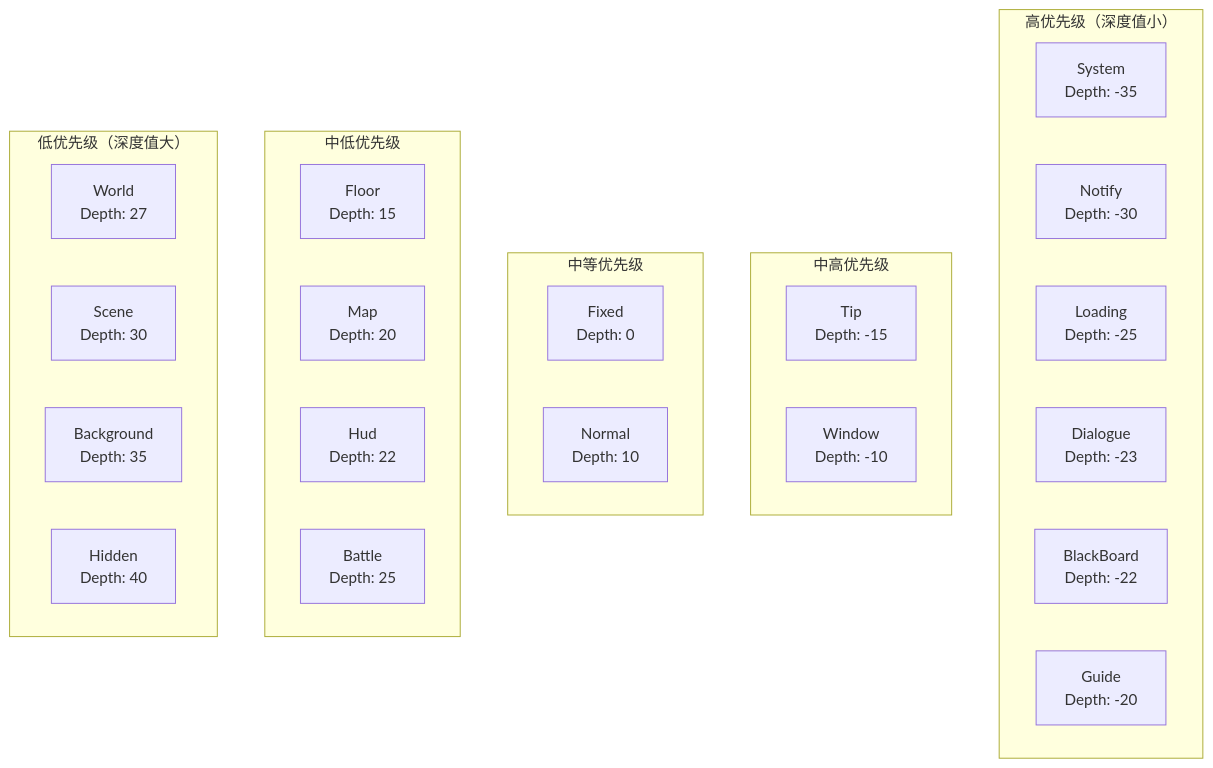
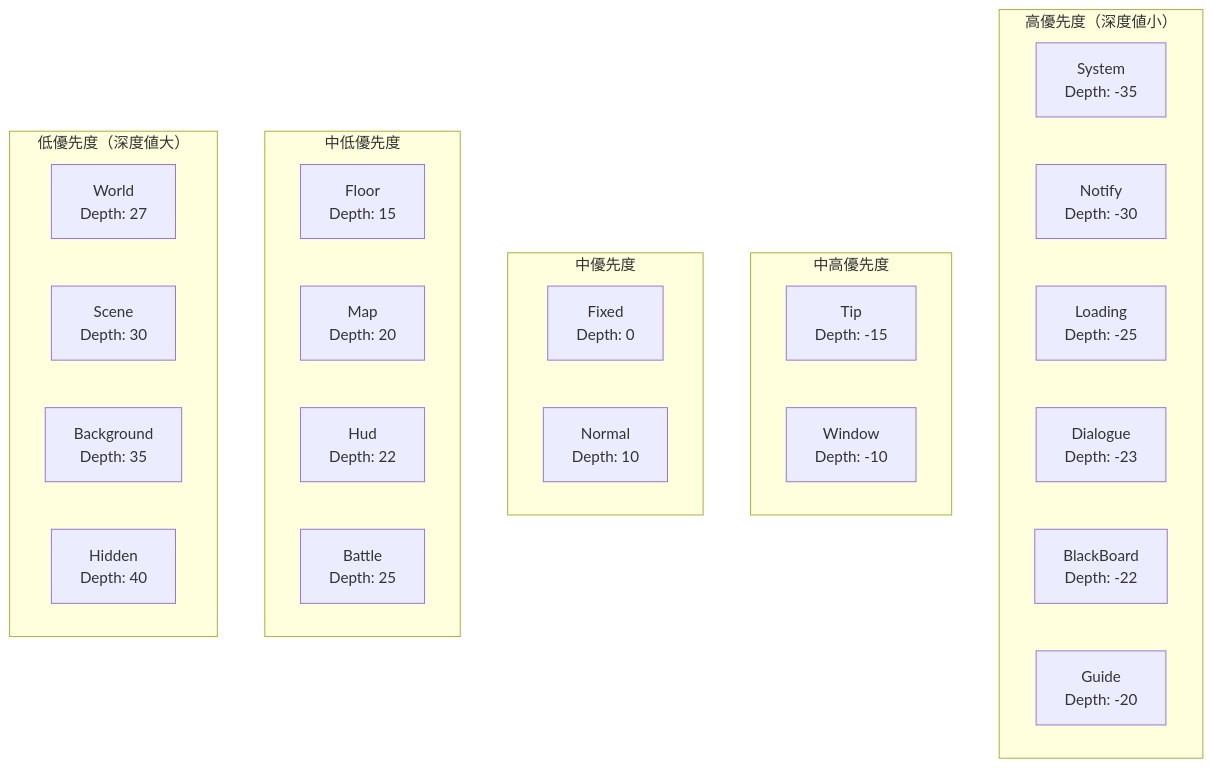
Before and after one commit to AlianBlank/GameFrameX.Docs: the third of 5 diagrams in docs/ja/client/unity/component/ui/01.overview.md, drawn with Mermaid. The commit also changed other lines of this file and 320 other files, not shown here.

````diff
--- a/docs/ja/client/unity/component/ui/01.overview.md
+++ b/docs/ja/client/unity/component/ui/01.overview.md
@@ -205,35 +205,35 @@
 ```mermaid
 flowchart TB
-    subgraph High["高优先级（深度值小）"]
+    subgraph High["高優先度（深度値小）"]
         S1[System<br/>Depth: -35]
         S2[Notify<br/>Depth: -30]
         S3[Loading<br/>Depth: -25]
         S4[Dialogue<br/>Depth: -23]
         S5[BlackBoard<br/>Depth: -22]
         S6[Guide<br/>Depth: -20]
     end
 
-    subgraph MidHigh["中高优先级"]
+    subgraph MidHigh["中高優先度"]
         S7[Tip<br/>Depth: -15]
         S8[Window<br/>Depth: -10]
     end
 
-    subgraph Mid["中等优先级"]
+    subgraph Mid["中優先度"]
         S9[Fixed<br/>Depth: 0]
         S10[Normal<br/>Depth: 10]
     end
 
-    subgraph MidLow["中低优先级"]
+    subgraph MidLow["中低優先度"]
         S11[Floor<br/>Depth: 15]
         S12[Map<br/>Depth: 20]
         S13[Hud<br/>Depth: 22]
         S14[Battle<br/>Depth: 25]
     end
 
-    subgraph Low["低优先级（深度值大）"]
+    subgraph Low["低優先度（深度値大）"]
         S15[World<br/>Depth: 27]
         S16[Scene<br/>Depth: 30]
         S17[Background<br/>Depth: 35]
         S18[Hidden<br/>Depth: 40]
     end
 ```
````
